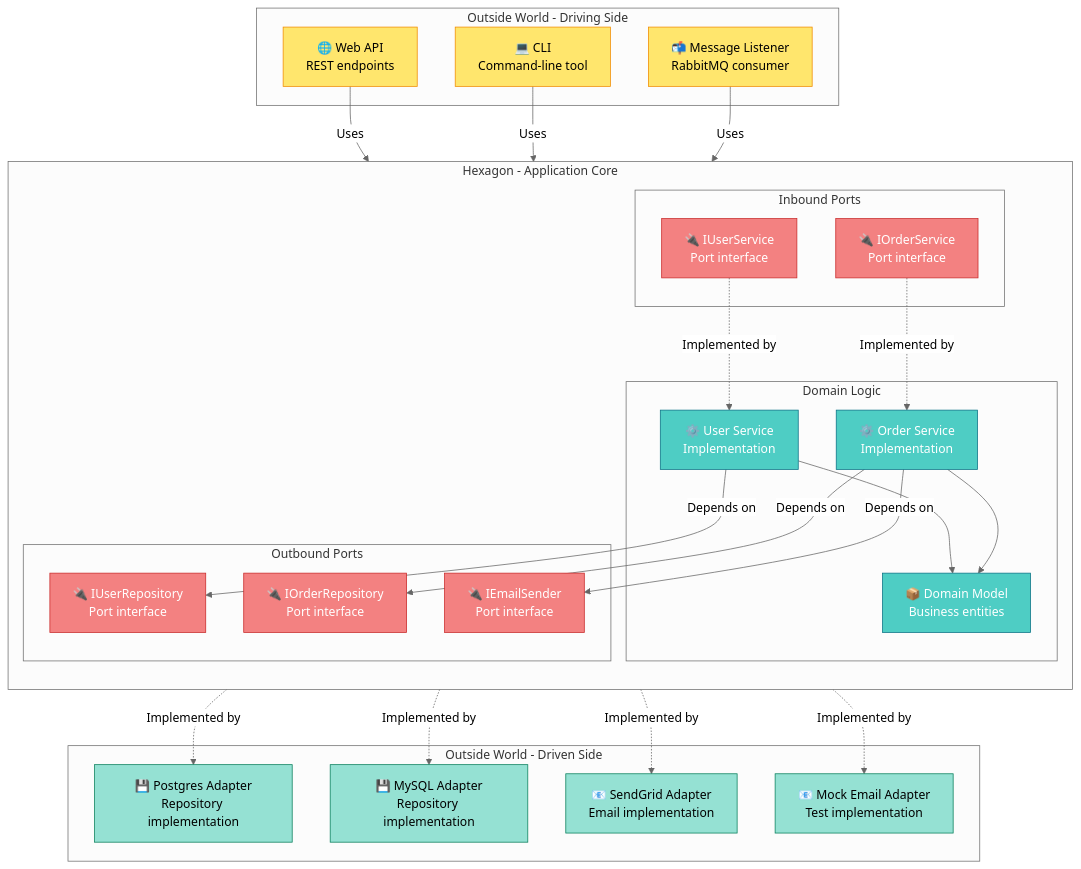
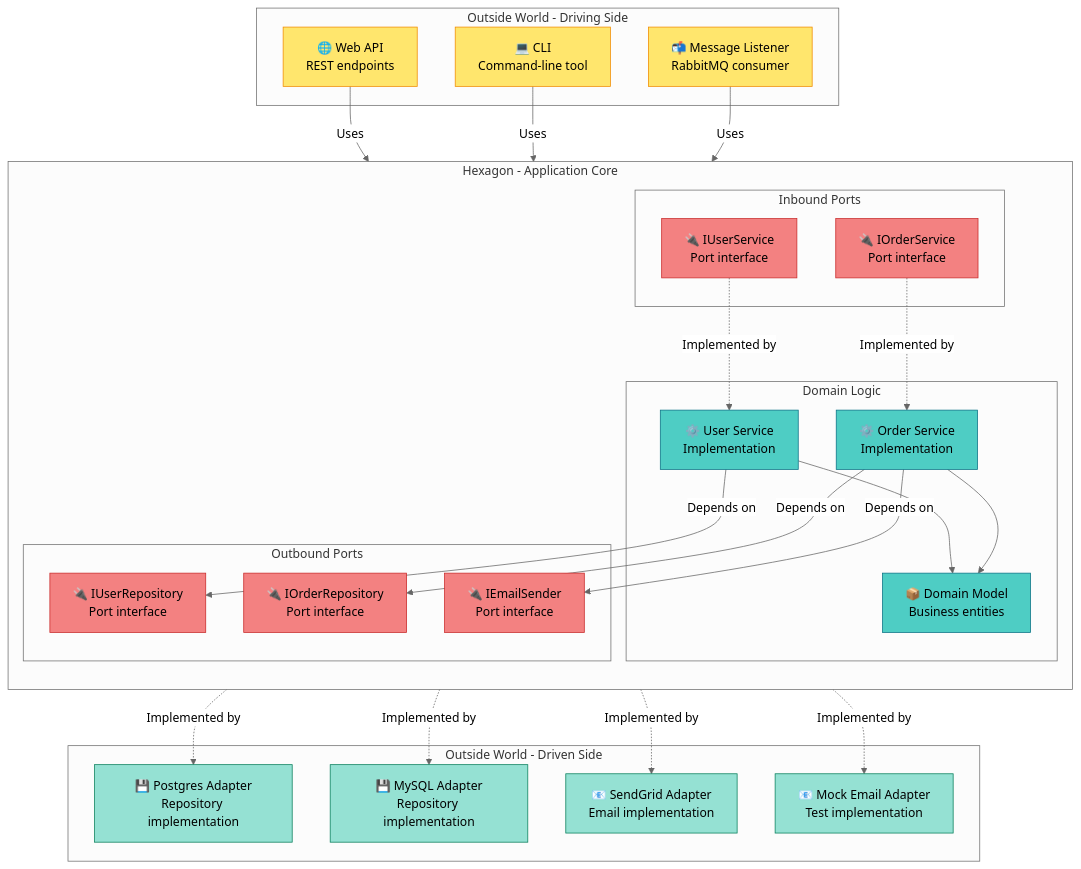
Before and after one commit to wienans/example-repo: the sixth of 15 diagrams in .agents/skills/mermaid-architect/references/guides/diagrams/architecture-diagrams.md, drawn with Mermaid (neutral theme). The commit also changed other lines of this file and 58 other files, not shown here.

First line of the commit message:
feat(skills): merge mastery-of-mermaid into mermaid-architect

````diff
--- a/.agents/skills/mermaid-architect/references/guides/diagrams/architecture-diagrams.md
+++ b/.agents/skills/mermaid-architect/references/guides/diagrams/architecture-diagrams.md
@@ -452,65 +452,65 @@
 ```mermaid
 graph TB
     subgraph "Outside World - Driving Side"
         WebAPI[🌐 Web API<br/>REST endpoints]
         CLI[💻 CLI<br/>Command-line tool]
         MessageListener[📬 Message Listener<br/>RabbitMQ consumer]
     end
 
     subgraph "Hexagon - Application Core"
         direction TB
 
         subgraph "Inbound Ports"
             IUserService[🔌 IUserService<br/>Port interface]
             IOrderService[🔌 IOrderService<br/>Port interface]
         end
 
         subgraph "Domain Logic"
             UserService[⚙️ User Service<br/>Implementation]
             OrderService[⚙️ Order Service<br/>Implementation]
             DomainModel[📦 Domain Model<br/>Business entities]
         end
 
         subgraph "Outbound Ports"
             IUserRepo[🔌 IUserRepository<br/>Port interface]
             IOrderRepo[🔌 IOrderRepository<br/>Port interface]
             IEmailSender[🔌 IEmailSender<br/>Port interface]
         end
     end
 
     subgraph "Outside World - Driven Side"
         PostgresAdapter[💾 Postgres Adapter<br/>Repository implementation]
         MySQLAdapter[💾 MySQL Adapter<br/>Repository implementation]
         SendGridAdapter[📧 SendGrid Adapter<br/>Email implementation]
         MockEmailAdapter[📧 Mock Email Adapter<br/>Test implementation]
     end
 
     WebAPI -->|Uses| IUserService
     CLI -->|Uses| IOrderService
     MessageListener -->|Uses| IOrderService
 
     IUserService -.->|Implemented by| UserService
     IOrderService -.->|Implemented by| OrderService
 
     UserService --> DomainModel
     OrderService --> DomainModel
 
     UserService -->|Depends on| IUserRepo
     OrderService -->|Depends on| IOrderRepo
     OrderService -->|Depends on| IEmailSender
 
     IUserRepo -.->|Implemented by| PostgresAdapter
     IOrderRepo -.->|Implemented by| MySQLAdapter
     IEmailSender -.->|Implemented by| SendGridAdapter
     IEmailSender -.->|Implemented by| MockEmailAdapter
 
     classDef driving fill:#FFE66D,stroke:#F08C00,color:#000
-    classDef port fill:#F38181,stroke:#C92A2A,color:#fff
-    classDef core fill:#4ECDC4,stroke:#0B7285,color:#fff
+    classDef port fill:#F38181,stroke:#C92A2A,color:#000
+    classDef core fill:#4ECDC4,stroke:#0B7285,color:#000
     classDef adapter fill:#95E1D3,stroke:#087F5B,color:#000
 
     class WebAPI,CLI,MessageListener driving
     class IUserService,IOrderService,IUserRepo,IOrderRepo,IEmailSender port
     class UserService,OrderService,DomainModel core
     class PostgresAdapter,MySQLAdapter,SendGridAdapter,MockEmailAdapter adapter
 ```
````
